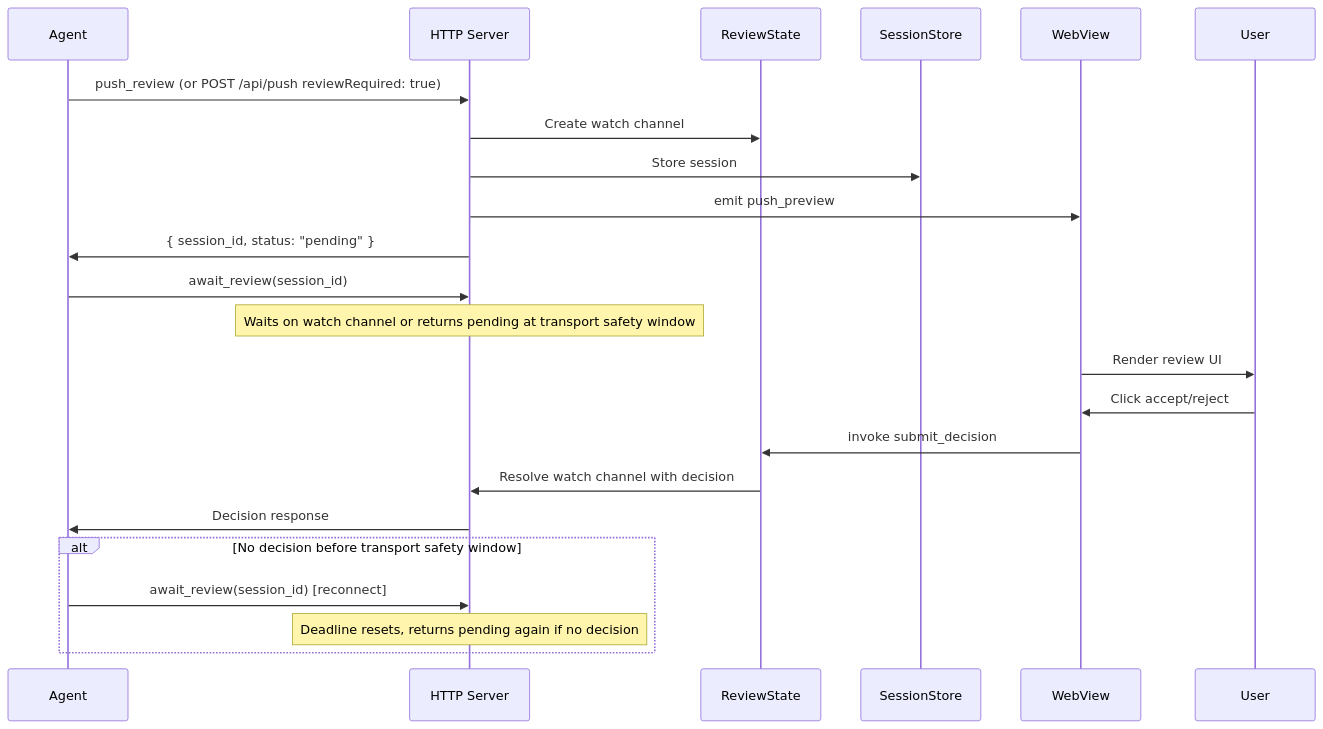
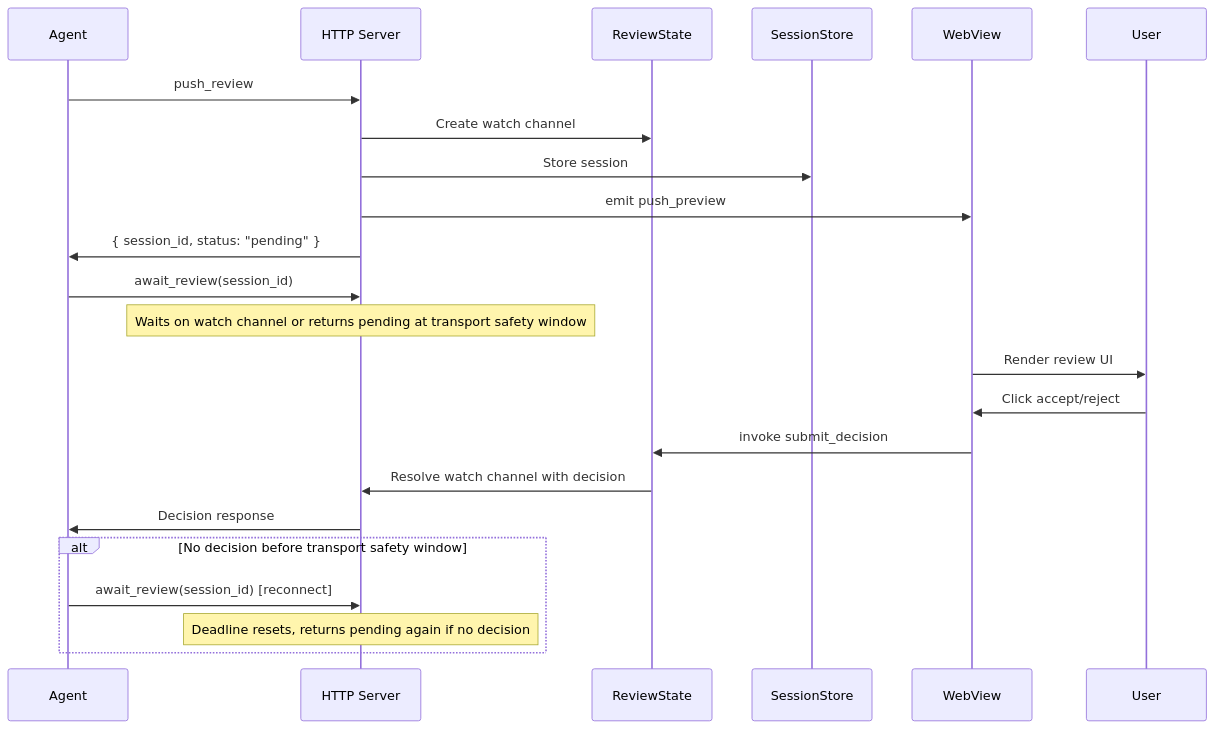
One commit to DeeJanuz/mcp-mux changed the fourth of 4 diagrams in docs/architecture.md. Above: the diagram before and after it, drawn with Mermaid. The commit also changed other lines of this file and 3 other files, not shown here.

Commit message:
Clarify review push behavior and disable graph hover tooltips

````diff
--- a/docs/architecture.md
+++ b/docs/architecture.md
@@ -159,28 +159,28 @@
 ```mermaid
 sequenceDiagram
     participant Agent as Agent
     participant HTTP as HTTP Server
     participant Review as ReviewState
     participant Store as SessionStore
     participant WebView as WebView
     participant User as User
 
-    Agent->>HTTP: push_review (or POST /api/push reviewRequired: true)
+    Agent->>HTTP: push_review
     HTTP->>Review: Create watch channel
     HTTP->>Store: Store session
     HTTP->>WebView: emit push_preview
     HTTP->>Agent: { session_id, status: "pending" }
 
     Agent->>HTTP: await_review(session_id)
     Note over HTTP: Waits on watch channel or returns pending at transport safety window
     WebView->>User: Render review UI
     User->>WebView: Click accept/reject
     WebView->>Review: invoke submit_decision
     Review->>HTTP: Resolve watch channel with decision
     HTTP->>Agent: Decision response
 
     alt No decision before transport safety window
         Agent->>HTTP: await_review(session_id) [reconnect]
         Note over HTTP: Deadline resets, returns pending again if no decision
     end
 ```
````
